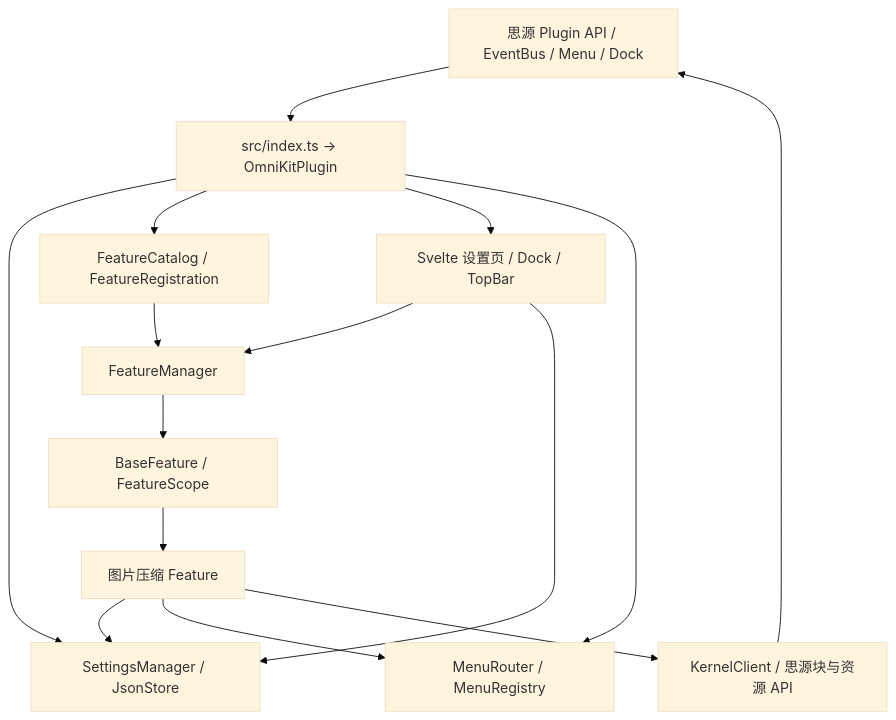
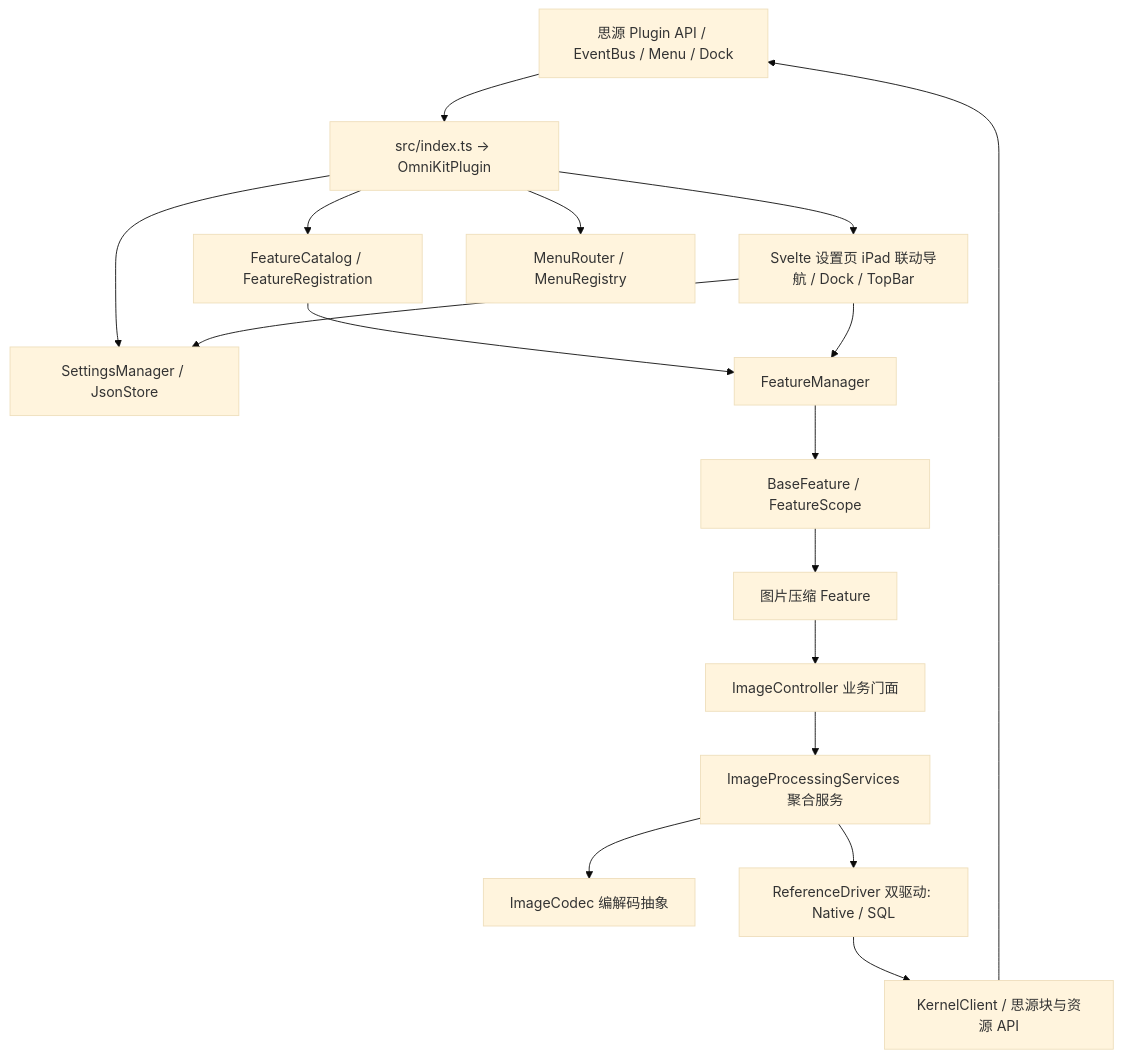
One commit to Forgo7ten/siyuan-plugin-omnikit changed the diagram in docs/ARCHITECTURE.md. Above: the diagram before and after it, drawn with Mermaid (base theme). The commit also changed other lines of this file and 58 other files, not shown here.

First line of the commit message:
feat(image-compressor): 重构图片压缩至V2架构并完善安全与隔离机制

````diff
--- a/docs/ARCHITECTURE.md
+++ b/docs/ARCHITECTURE.md
@@ -7,24 +7,31 @@
 ```mermaid
 flowchart TD
     Host[思源 Plugin API / EventBus / Menu / Dock]
     Entry[src/index.ts → OmniKitPlugin]
     Settings[SettingsManager / JsonStore]
     Catalog[FeatureCatalog / FeatureRegistration]
     Manager[FeatureManager]
     Scope[BaseFeature / FeatureScope]
     Image[图片压缩 Feature]
+    Controller[ImageController 业务门面]
+    Services[ImageProcessingServices 聚合服务]
+    Codec[ImageCodec 编解码抽象]
+    RefDrivers[ReferenceDriver 双驱动: Native / SQL]
     Kernel[KernelClient / 思源块与资源 API]
-    UI[Svelte 设置页 / Dock / TopBar]
+    UI[Svelte 设置页 iPad 联动导航 / Dock / TopBar]
     Menus[MenuRouter / MenuRegistry]
 
     Host --> Entry
     Entry --> Settings
     Entry --> Catalog --> Manager --> Scope --> Image
     Entry --> UI
     Entry --> Menus
-    Image --> Settings
-    Image --> Menus
-    Image --> Kernel --> Host
+    Image --> Controller
+    Controller --> Services
+    Services --> Codec
+    Services --> RefDrivers
+    RefDrivers --> Kernel
+    Kernel --> Host
     UI --> Manager
     UI --> Settings
 ```
````
